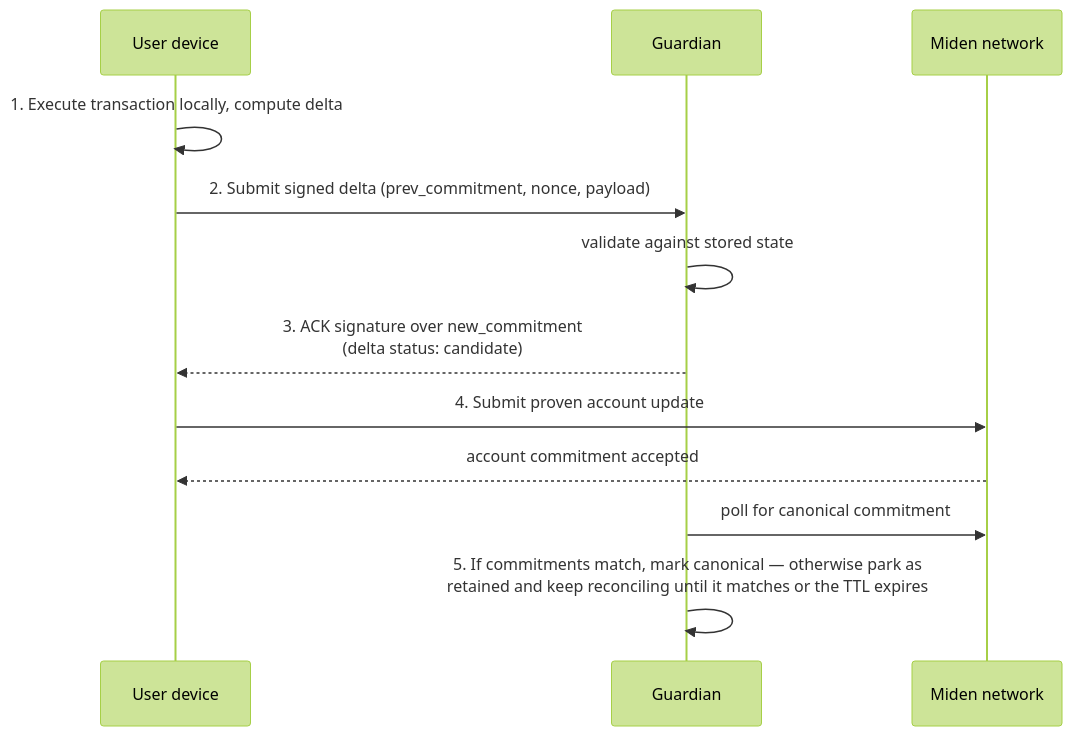
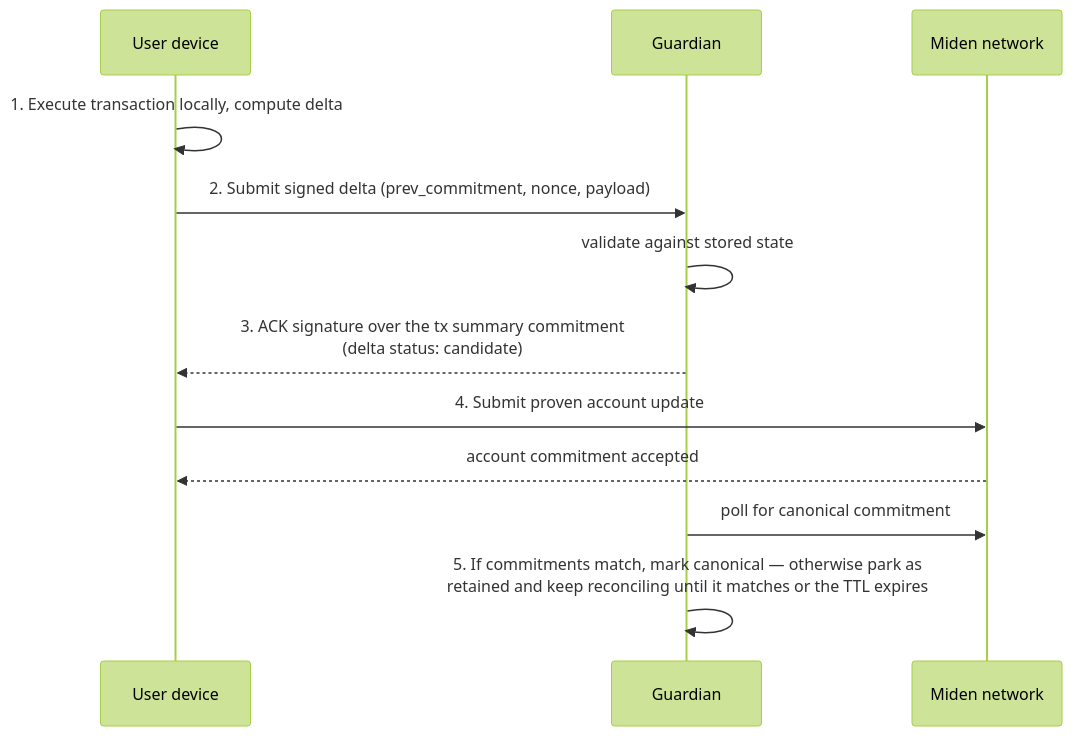
The second of 4 diagrams in docs/CONCEPTS.md (OpenZeppelin/guardian), drawn with Mermaid (forest theme) before and after one commit. The commit also changed other lines of this file, not shown here.

Commit message:
chore: Clarify Guardian ACK role

````diff
--- a/docs/CONCEPTS.md
+++ b/docs/CONCEPTS.md
@@ -82,15 +101,15 @@
 ```mermaid
 sequenceDiagram
   participant U as User device
   participant G as Guardian
   participant M as Miden network
 
   U->>U: 1. Execute transaction locally, compute delta
   U->>G: 2. Submit signed delta (prev_commitment, nonce, payload)
   G->>G: validate against stored state
-  G-->>U: 3. ACK signature over new_commitment<br/>(delta status: candidate)
+  G-->>U: 3. ACK signature over the tx summary commitment<br/>(delta status: candidate)
   U->>M: 4. Submit proven account update
   M-->>U: account commitment accepted
   G->>M: poll for canonical commitment
   G->>G: 5. If commitments match, mark canonical — otherwise park as<br/>retained and keep reconciling until it matches or the TTL expires
 ```
````
